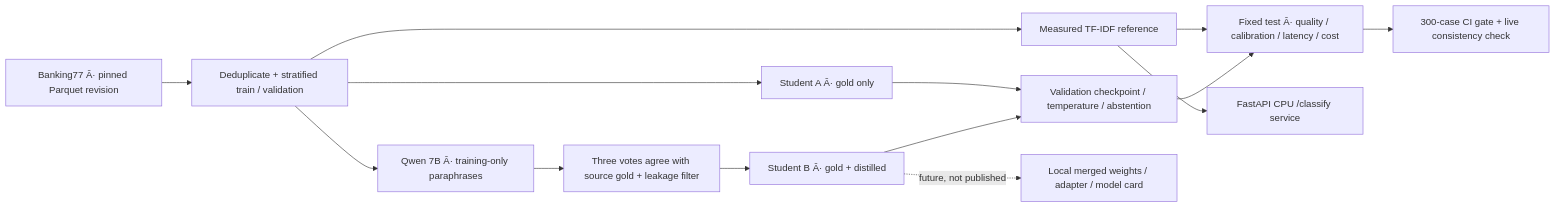
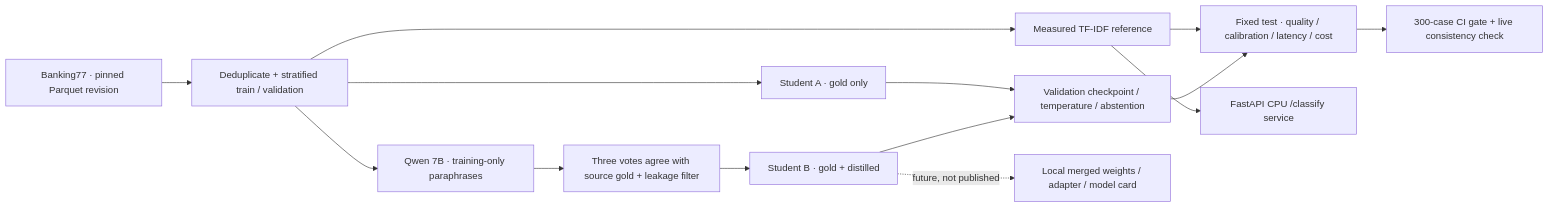
One commit to jatinmallarapu/Banking77Distillation changed the diagram in README.md. Above: the diagram before and after it, drawn with Mermaid. The commit also changed other lines of this file and 11 other files, not shown here.

````diff
--- a/README.md
+++ b/README.md
@@ -62,14 +62,14 @@
 ```mermaid
 flowchart LR
-  D[Banking77 Â· pinned Parquet revision] --> S[Deduplicate + stratified train / validation]
+  D[Banking77 · pinned Parquet revision] --> S[Deduplicate + stratified train / validation]
   S --> B[Measured TF-IDF reference]
-  S --> T[Qwen 7B Â· training-only paraphrases]
+  S --> T[Qwen 7B · training-only paraphrases]
   T --> F[Three votes agree with source gold + leakage filter]
-  S --> A[Student A Â· gold only]
-  F --> C[Student B Â· gold + distilled]
+  S --> A[Student A · gold only]
+  F --> C[Student B · gold + distilled]
   A & C --> V[Validation checkpoint / temperature / abstention]
-  B & V --> E[Fixed test Â· quality / calibration / latency / cost]
+  B & V --> E[Fixed test · quality / calibration / latency / cost]
   E --> G[300-case CI gate + live consistency check]
   B --> API[FastAPI CPU /classify service]
   C -. future, not published .-> H[Local merged weights / adapter / model card]
 ```
````
